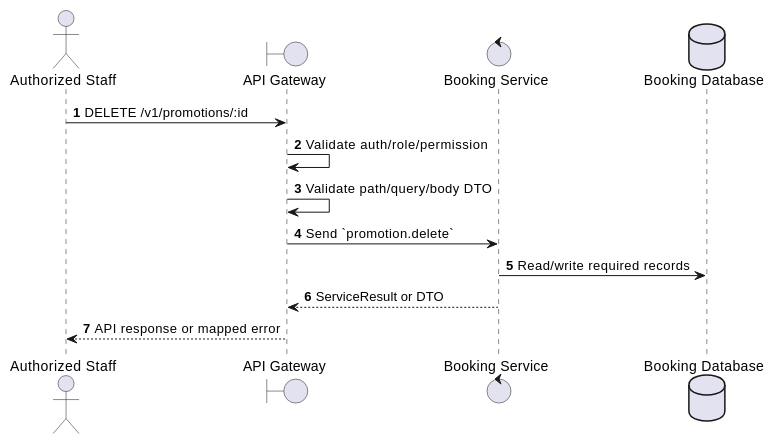
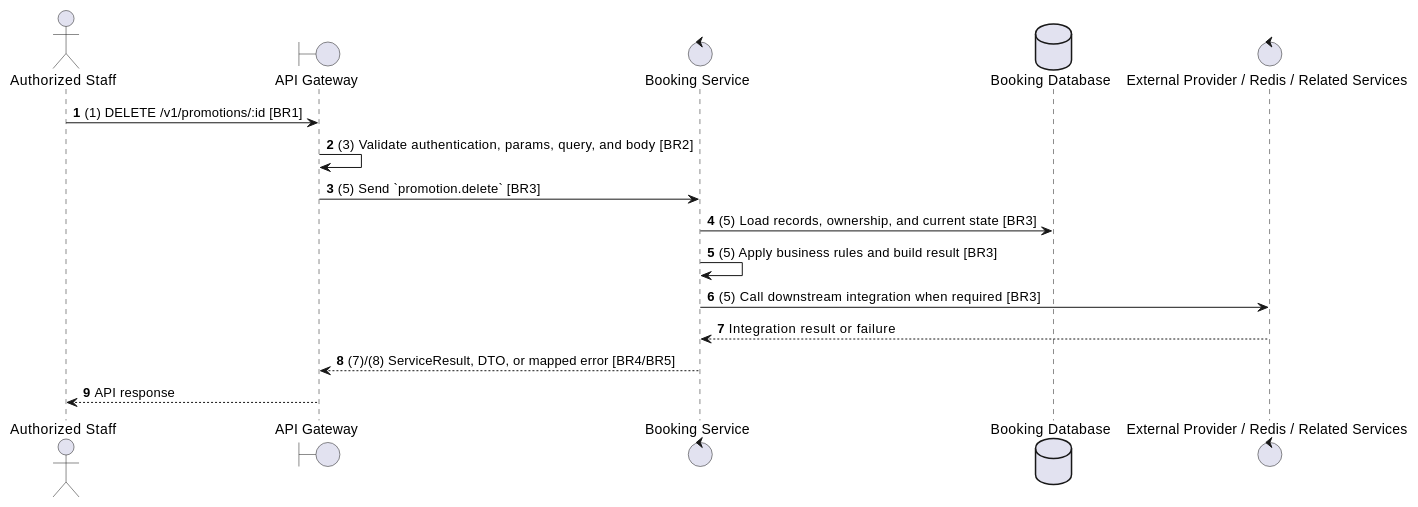
The second of 2 diagrams in docs/functional_specs/3.10_Promotions_Discounts_Module/PM-07_Delete_Promotion.md (Tanh1603/movie-hub-architecture), drawn with PlantUML before and after one commit. The commit also changed other lines of this file and 129 other files, not shown here.

````diff
--- a/docs/functional_specs/3.10_Promotions_Discounts_Module/PM-07_Delete_Promotion.md
+++ b/docs/functional_specs/3.10_Promotions_Discounts_Module/PM-07_Delete_Promotion.md
@@ -17,17 +64,20 @@
 ```plantuml
 @startuml
 autonumber
 actor "Authorized Staff" as Actor
 boundary "API Gateway" as GW
 control "Booking Service" as SVC
 database "Booking Database" as DB
+control "External Provider / Redis / Related Services" as EXT
 
-Actor -> GW: DELETE /v1/promotions/:id
-GW -> GW: Validate auth/role/permission
-GW -> GW: Validate path/query/body DTO
-GW -> SVC: Send `promotion.delete`
-SVC -> DB: Read/write required records
-SVC --> GW: ServiceResult or DTO
-GW --> Actor: API response or mapped error
+Actor -> GW: (1) DELETE /v1/promotions/:id [BR1]
+GW -> GW: (3) Validate authentication, params, query, and body [BR2]
+GW -> SVC: (5) Send `promotion.delete` [BR3]
+SVC -> DB: (5) Load records, ownership, and current state [BR3]
+SVC -> SVC: (5) Apply business rules and build result [BR3]
+SVC -> EXT: (5) Call downstream integration when required [BR3]
+EXT --> SVC: Integration result or failure
+SVC --> GW: (7)/(8) ServiceResult, DTO, or mapped error [BR4/BR5]
+GW --> Actor: API response
 @enduml
 ```
````
